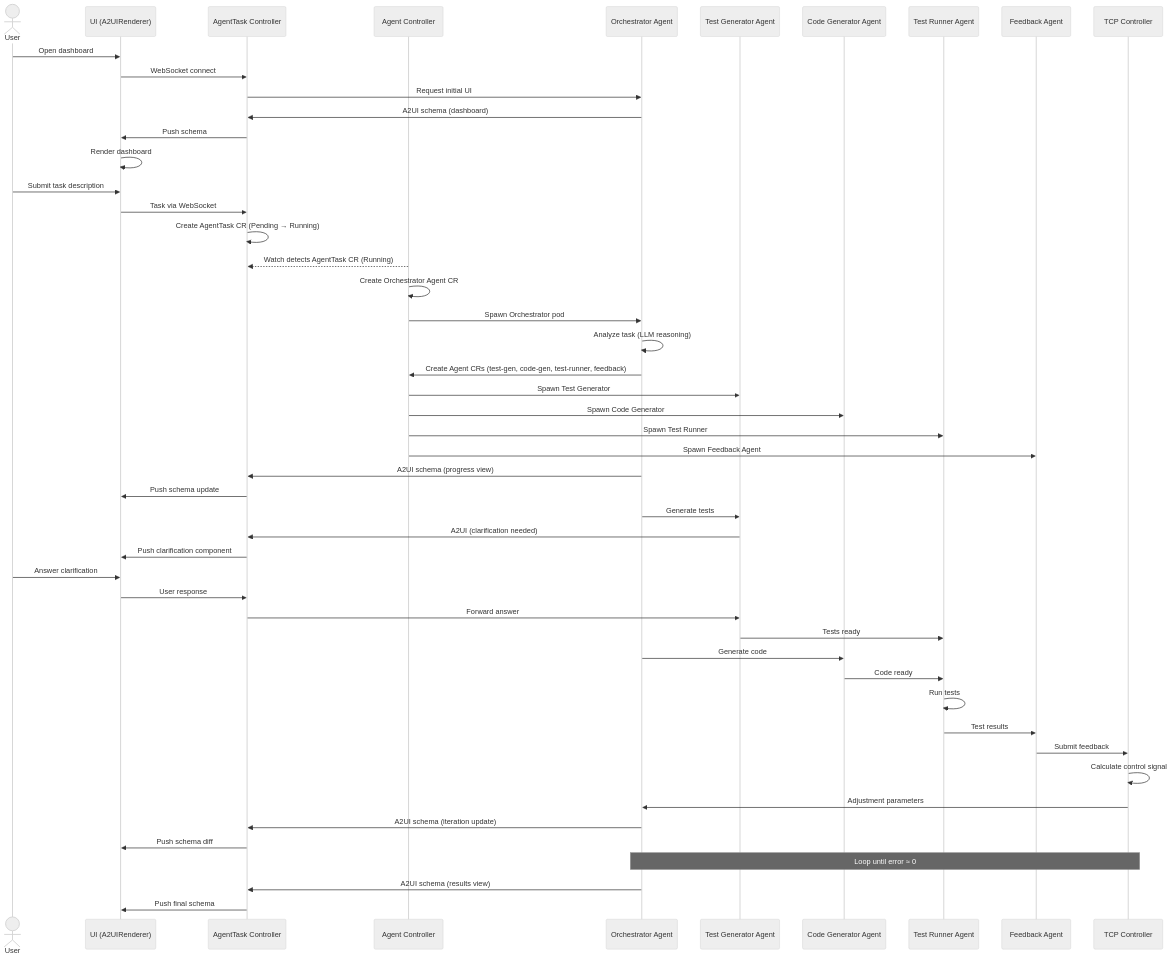
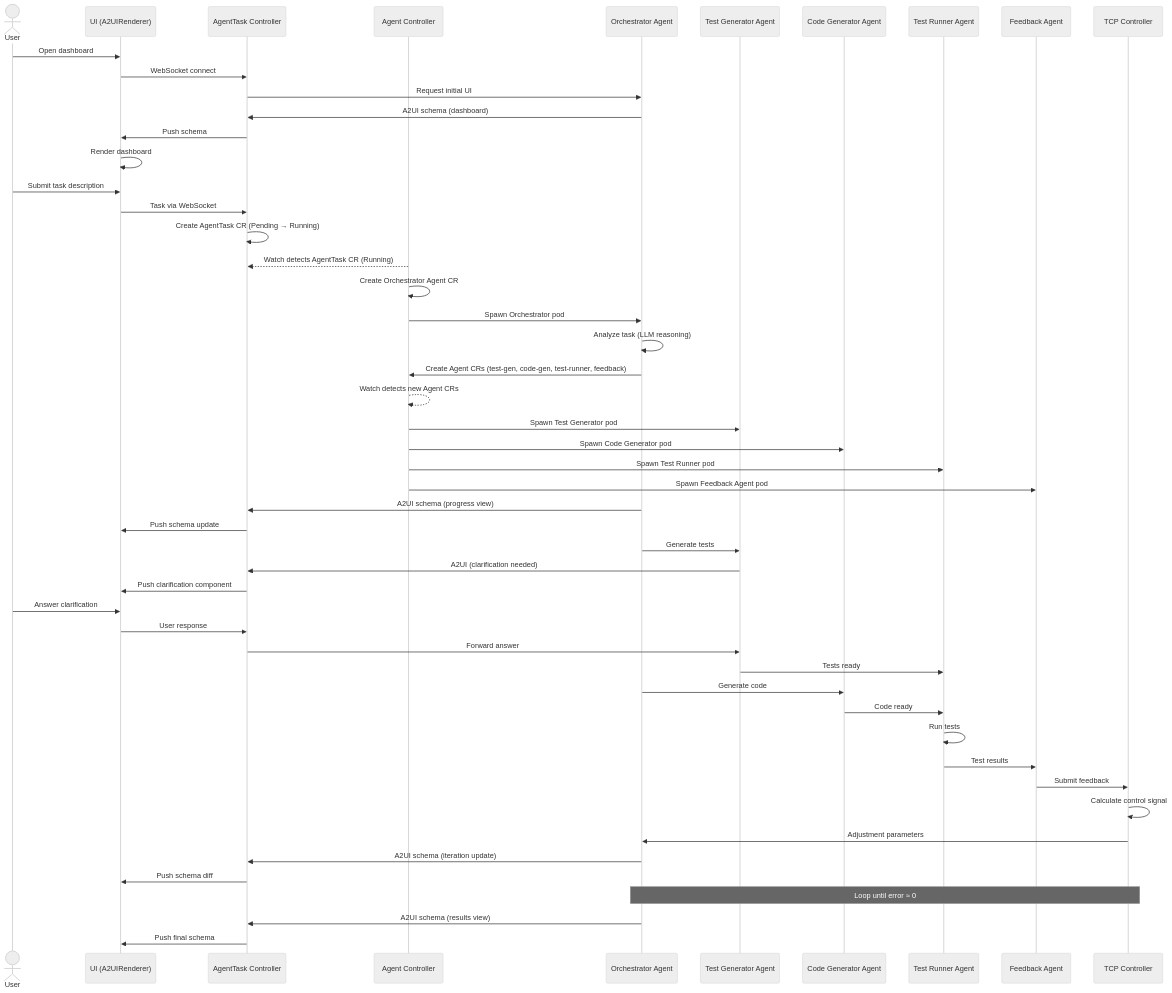
One commit to dshcherbatiuk/forgemaster changed the second of 2 diagrams in docs/arch/02-components.md. Above: the diagram before and after it, drawn with Mermaid (neutral theme). The commit also changed 10 other files, not shown here.

````diff
--- a/docs/arch/02-components.md
+++ b/docs/arch/02-components.md
@@ -311,61 +311,62 @@
 ```mermaid
 sequenceDiagram
     actor U as User
     participant UI as UI (A2UIRenderer)
     participant ATC as AgentTask Controller
     participant AC as Agent Controller
     participant OA as Orchestrator Agent
     participant TGA as Test Generator Agent
     participant CGA as Code Generator Agent
     participant TRA as Test Runner Agent
     participant FBA as Feedback Agent
     participant TCP as TCP Controller
 
     U->>UI: Open dashboard
     UI->>ATC: WebSocket connect
     ATC->>OA: Request initial UI
     OA->>ATC: A2UI schema (dashboard)
     ATC->>UI: Push schema
     UI->>UI: Render dashboard
 
     U->>UI: Submit task description
     UI->>ATC: Task via WebSocket
     ATC->>ATC: Create AgentTask CR (Pending → Running)
     AC-->>ATC: Watch detects AgentTask CR (Running)
     AC->>AC: Create Orchestrator Agent CR
     AC->>OA: Spawn Orchestrator pod
 
     OA->>OA: Analyze task (LLM reasoning)
     OA->>AC: Create Agent CRs (test-gen, code-gen, test-runner, feedback)
-    AC->>TGA: Spawn Test Generator
-    AC->>CGA: Spawn Code Generator
-    AC->>TRA: Spawn Test Runner
-    AC->>FBA: Spawn Feedback Agent
+    AC-->>AC: Watch detects new Agent CRs
+    AC->>TGA: Spawn Test Generator pod
+    AC->>CGA: Spawn Code Generator pod
+    AC->>TRA: Spawn Test Runner pod
+    AC->>FBA: Spawn Feedback Agent pod
 
     OA->>ATC: A2UI schema (progress view)
     ATC->>UI: Push schema update
 
     OA->>TGA: Generate tests
     TGA->>ATC: A2UI (clarification needed)
     ATC->>UI: Push clarification component
     U->>UI: Answer clarification
     UI->>ATC: User response
     ATC->>TGA: Forward answer
 
     TGA->>TRA: Tests ready
     OA->>CGA: Generate code
     CGA->>TRA: Code ready
     TRA->>TRA: Run tests
     TRA->>FBA: Test results
     FBA->>TCP: Submit feedback
     TCP->>TCP: Calculate control signal
     TCP->>OA: Adjustment parameters
 
     OA->>ATC: A2UI schema (iteration update)
     ATC->>UI: Push schema diff
 
     Note over OA,TCP: Loop until error ≈ 0
 
     OA->>ATC: A2UI schema (results view)
     ATC->>UI: Push final schema
 ```
````
